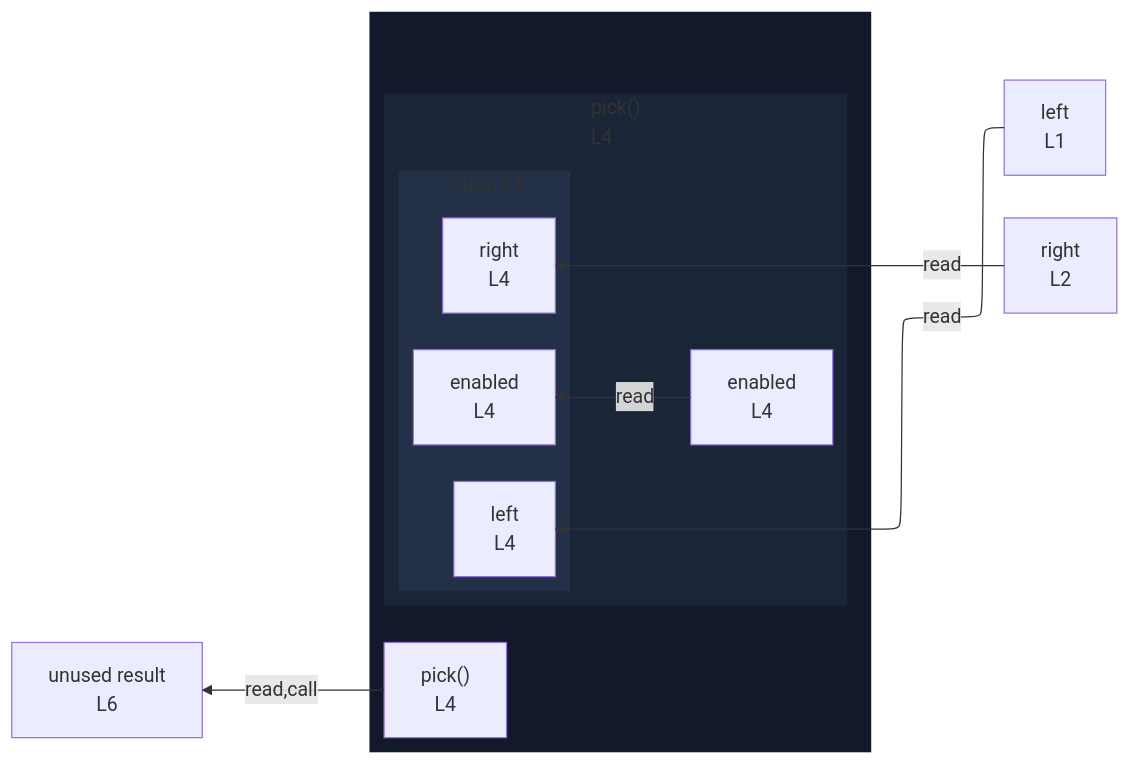
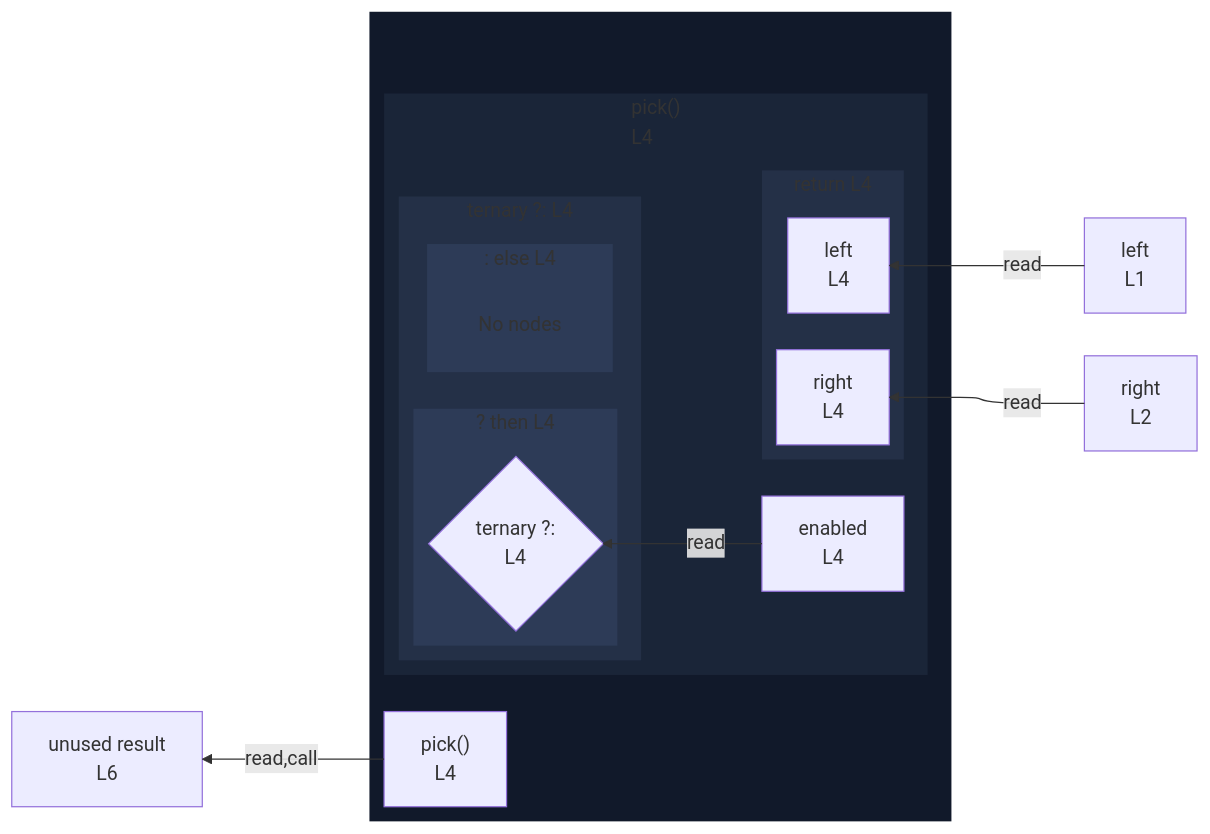
The diagram in integration/fixtures/function/arrow/conditional-body/preview.md (crescware/unsnarl), drawn with Mermaid before and after one commit. The commit also changed 163 other files, not shown here.

````diff
--- a/integration/fixtures/function/arrow/conditional-body/preview.md
+++ b/integration/fixtures/function/arrow/conditional-body/preview.md
@@ -16,31 +16,47 @@
 ```mermaid
 %%{init: {"flowchart": {"defaultRenderer": "elk"}}}%%
 flowchart RL
   n_scope_0_left_6["left<br/>L1"]
   n_scope_0_right_24["right<br/>L2"]
   n_scope_0_result_106["unused result<br/>L6"]
   subgraph wrap_s_scope_1[" "]
     direction TB
     n_scope_0_pick_44["pick()<br/>L4"]
     subgraph s_scope_1["pick()<br/>L4"]
       direction RL
       n_scope_1_enabled_52["enabled<br/>L4"]
+      subgraph cont_ternary_scope_1_74["ternary ?: L4"]
+        direction RL
+        subgraph s_scope_2["? then L4"]
+          direction RL
+          ternary_test_scope_1_74{"ternary ?:<br/>L4"}
+        end
+        subgraph s_scope_3[": else L4"]
+          direction RL
+          elk_empty_s_scope_3["No nodes"]
+        end
+      end
       subgraph s_return_scope_0_pick_44_73_97["return L4"]
         direction RL
-        ret_use_ref_3["enabled<br/>L4"]
         ret_use_ref_4["left<br/>L4"]
         ret_use_ref_5["right<br/>L4"]
       end
     end
   end
-  n_scope_1_enabled_52 -->|read| ret_use_ref_3
+  n_scope_1_enabled_52 -->|read| ternary_test_scope_1_74
   n_scope_0_left_6 -->|read| ret_use_ref_4
   n_scope_0_right_24 -->|read| ret_use_ref_5
   n_scope_0_pick_44 -->|read,call| n_scope_0_result_106
   classDef nestL1 fill:#11192a,stroke:transparent;
   class wrap_s_scope_1 nestL1;
   classDef nestL2 fill:#1a2538,stroke:transparent;
   class s_scope_1 nestL2;
   classDef nestL3 fill:#243047,stroke:transparent;
+  class cont_ternary_scope_1_74 nestL3;
   class s_return_scope_0_pick_44_73_97 nestL3;
+  classDef nestL4 fill:#2d3b57,stroke:transparent;
+  class s_scope_2 nestL4;
+  class s_scope_3 nestL4;
+  classDef elkEmptyPlaceholder fill:transparent,stroke:transparent;
+  class elk_empty_s_scope_3 elkEmptyPlaceholder;
 ```
````
